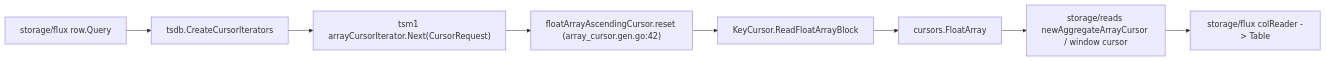
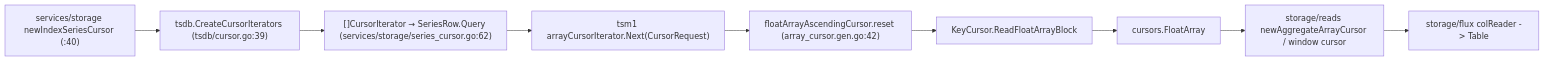
Before and after one commit to stefanv5/influxdb: the ninth of 9 diagrams in docs/specs/v1.8.10-vs-v1.12.3/03_query_engine_diff.md, drawn with Mermaid. The commit also changed other lines of this file and 16 other files, not shown here.

````diff
--- a/docs/specs/v1.8.10-vs-v1.12.3/03_query_engine_diff.md
+++ b/docs/specs/v1.8.10-vs-v1.12.3/03_query_engine_diff.md
@@ -1604,10 +1644,11 @@
 ```mermaid
 flowchart LR
-    A["storage/flux row.Query"] --> B["tsdb.CreateCursorIterators"]
-    B --> C["tsm1 arrayCursorIterator.Next(CursorRequest)"]
+    A["services/storage newIndexSeriesCursor (:40)"] --> B["tsdb.CreateCursorIterators (tsdb/cursor.go:39)"]
+    B --> B2["[]CursorIterator → SeriesRow.Query (services/storage/series_cursor.go:62)"]
+    B2 --> C["tsm1 arrayCursorIterator.Next(CursorRequest)"]
     C --> D["floatArrayAscendingCursor.reset (array_cursor.gen.go:42)"]
     D --> E["KeyCursor.ReadFloatArrayBlock"]
     E --> F["cursors.FloatArray"]
     F --> G["storage/reads newAggregateArrayCursor / window cursor"]
     G --> H["storage/flux colReader -> Table"]
 ```
````
